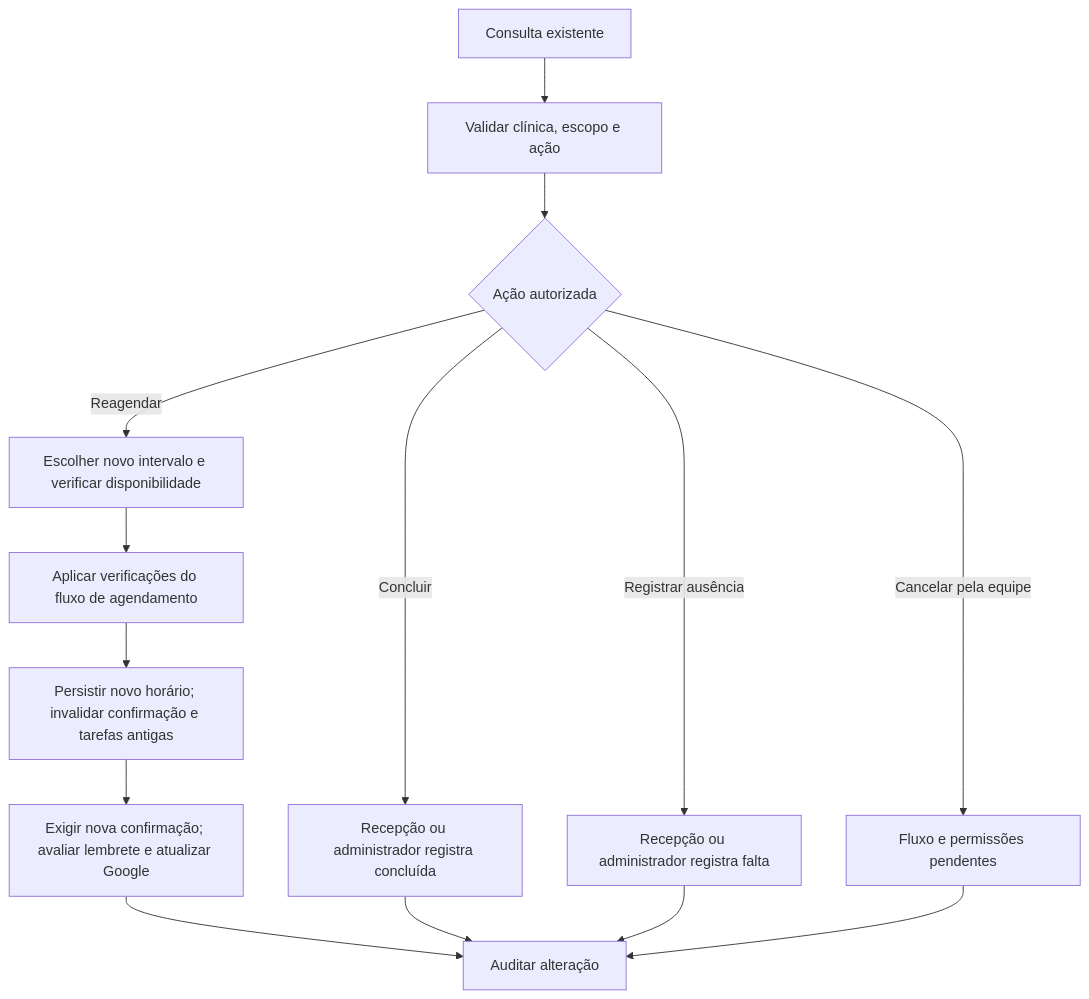
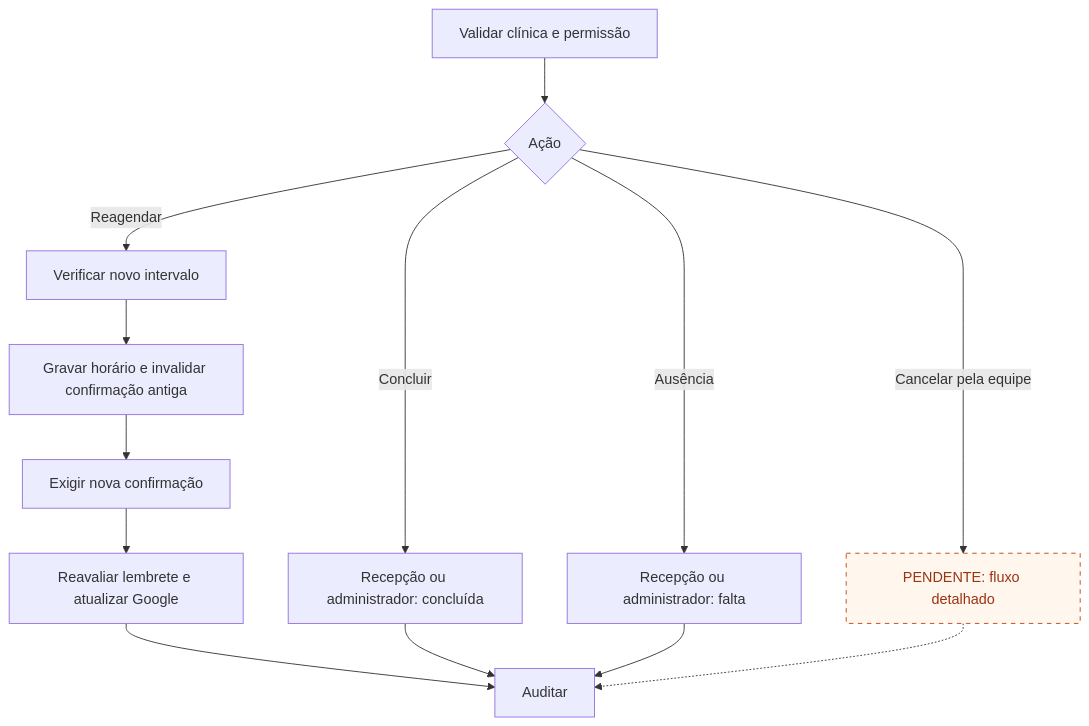
The sixth of 9 diagrams in docs/fluxograma-sistema.md (ArthurSarva/IntegraConsultas), drawn with Mermaid before and after one commit. The commit also changed other lines of this file, not shown here.

````diff
--- a/docs/fluxograma-sistema.md
+++ b/docs/fluxograma-sistema.md
@@ -122,16 +130,17 @@
 ```mermaid
 flowchart TD
-    A["Consulta existente"] --> B["Validar clínica, escopo e ação"]
-    B --> C{"Ação autorizada"}
-    C -->|Reagendar| D["Escolher novo intervalo e verificar disponibilidade"]
-    D --> E["Aplicar verificações do fluxo de agendamento"]
-    E --> F["Persistir novo horário; invalidar confirmação e tarefas antigas"]
-    F --> G["Exigir nova confirmação; avaliar lembrete e atualizar Google"]
-    C -->|Concluir| H["Recepção ou administrador registra concluída"]
-    C -->|Registrar ausência| I["Recepção ou administrador registra falta"]
-    C -->|Cancelar pela equipe| J["Fluxo e permissões pendentes"]
-    G --> K["Auditar alteração"]
-    H --> K
-    I --> K
-    J --> K
+ A["Validar clínica e permissão"] --> B{"Ação"}
+ B -->|Reagendar| C["Verificar novo intervalo"]
+ C --> D["Gravar horário e invalidar confirmação antiga"]
+ D --> E["Exigir nova confirmação"]
+ E --> F["Reavaliar lembrete e atualizar Google"]
+ B -->|Concluir| G["Recepção ou administrador: concluída"]
+ B -->|Ausência| H["Recepção ou administrador: falta"]
+ B -->|Cancelar pela equipe| P["PENDENTE: fluxo detalhado"]
+ F --> I["Auditar"]
+ G --> I
+ H --> I
+ P -.-> I
+ classDef pendente fill:#fff7ed,stroke:#c2410c,stroke-dasharray:5 5,color:#9a3412;
+ class P pendente;
 ```
````
